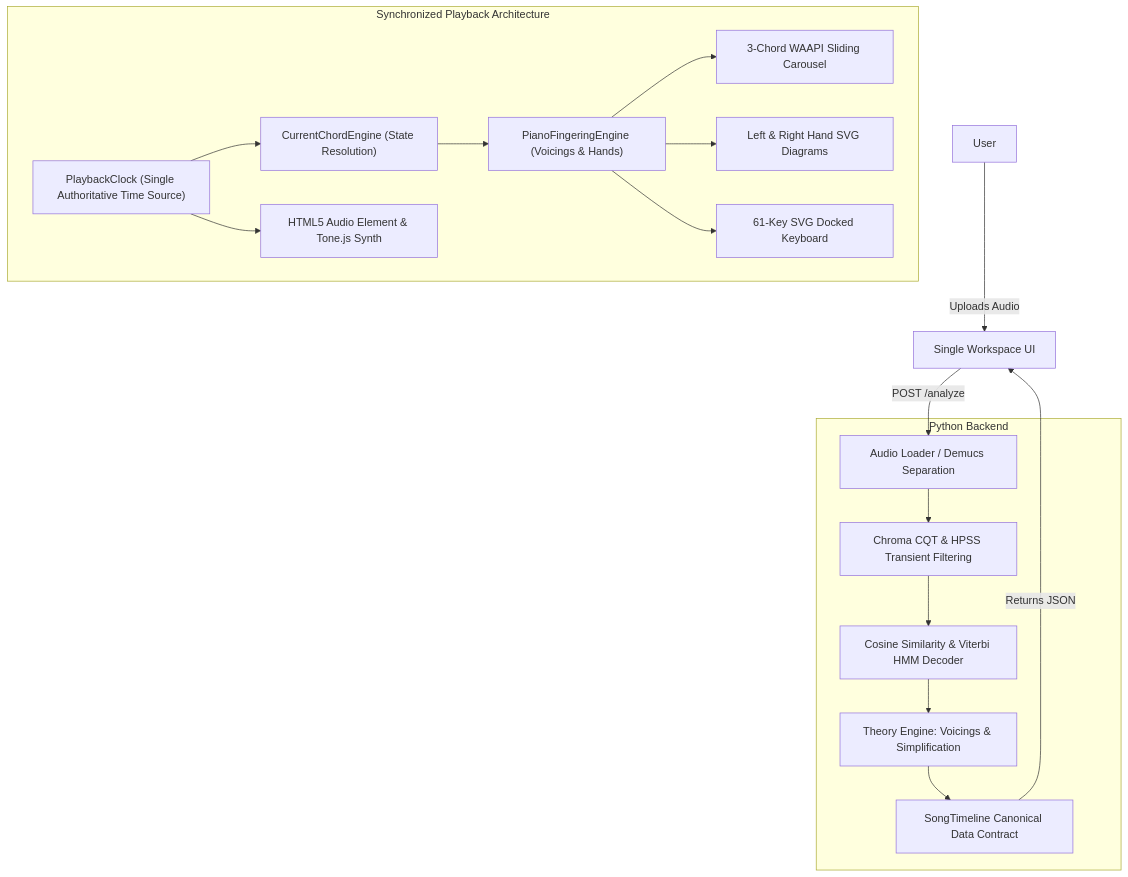
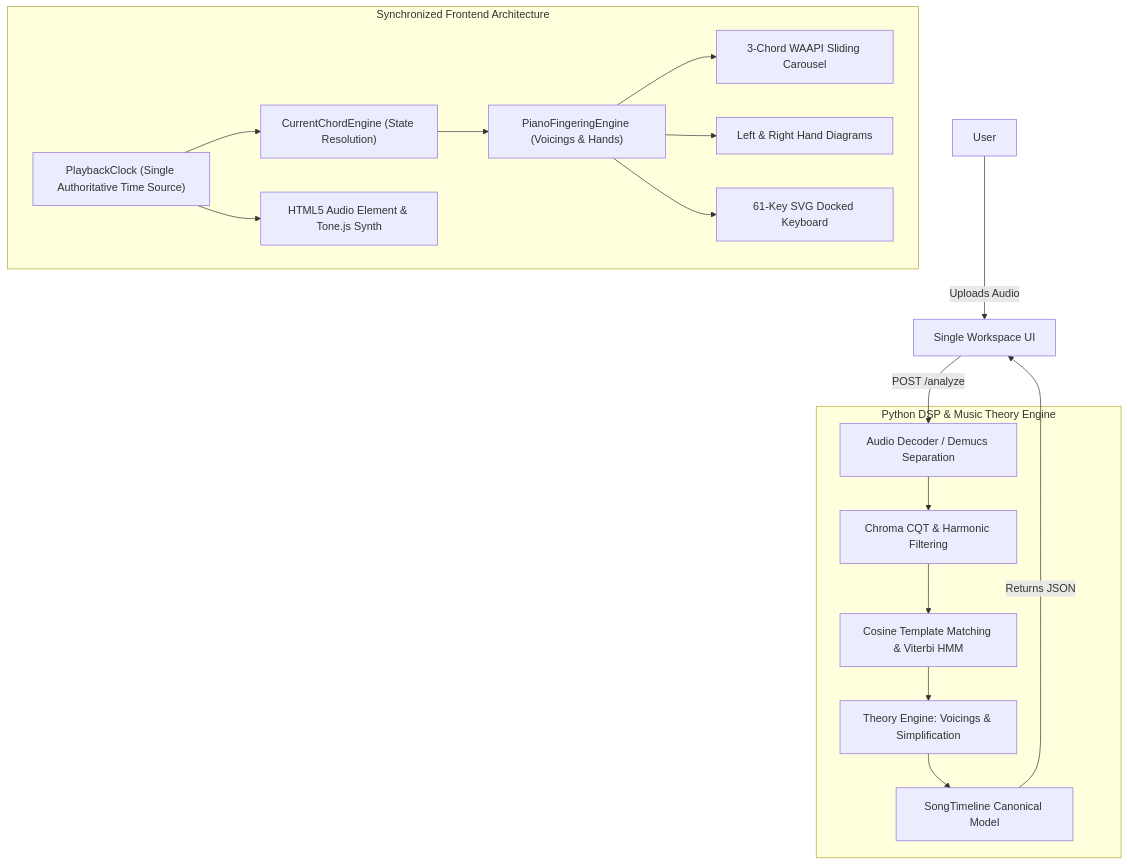
Before and after one commit to itshotfix/HotChords: the diagram in README.md, drawn with Mermaid. The commit also changed other lines of this file and 22 other files, not shown here.

````diff
--- a/README.md
+++ b/README.md
@@ -91,24 +112,24 @@
 ```mermaid
 graph TD
     User --> |Uploads Audio| Web_UI["Single Workspace UI"]
     Web_UI --> |POST /analyze| Audio_Processing
     
-    subgraph Backend ["Python Backend"]
-        Audio_Processing["Audio Loader / Demucs Separation"] --> Harmonic_Rep["Chroma CQT & HPSS Transient Filtering"]
-        Harmonic_Rep --> Chord_Detection["Cosine Similarity & Viterbi HMM Decoder"]
+    subgraph Backend ["Python DSP & Music Theory Engine"]
+        Audio_Processing["Audio Decoder / Demucs Separation"] --> Harmonic_Rep["Chroma CQT & Harmonic Filtering"]
+        Harmonic_Rep --> Chord_Detection["Cosine Template Matching & Viterbi HMM"]
         Chord_Detection --> Theory_Engine["Theory Engine: Voicings & Simplification"]
-        Theory_Engine --> SongTimeline_Model["SongTimeline Canonical Data Contract"]
+        Theory_Engine --> SongTimeline_Model["SongTimeline Canonical Model"]
     end
     
     SongTimeline_Model --> |Returns JSON| Web_UI
     
-    subgraph Frontend ["Synchronized Playback Architecture"]
+    subgraph Frontend ["Synchronized Frontend Architecture"]
         PlaybackClock["PlaybackClock (Single Authoritative Time Source)"]
         PlaybackClock --> CurrentChordEngine["CurrentChordEngine (State Resolution)"]
         CurrentChordEngine --> PianoFingeringEngine["PianoFingeringEngine (Voicings & Hands)"]
         PianoFingeringEngine --> WorkspaceChordTimeline["3-Chord WAAPI Sliding Carousel"]
-        PianoFingeringEngine --> WorkspaceHandController["Left & Right Hand SVG Diagrams"]
+        PianoFingeringEngine --> WorkspaceHandController["Left & Right Hand Diagrams"]
         PianoFingeringEngine --> PianoKeyboard["61-Key SVG Docked Keyboard"]
         PlaybackClock --> SongAudioController["HTML5 Audio Element & Tone.js Synth"]
     end
 ```
````
